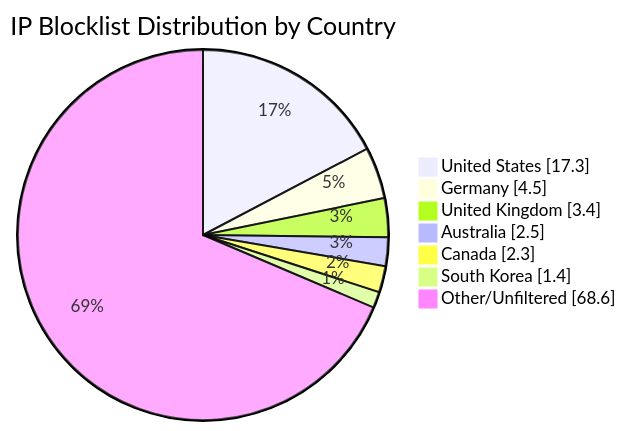
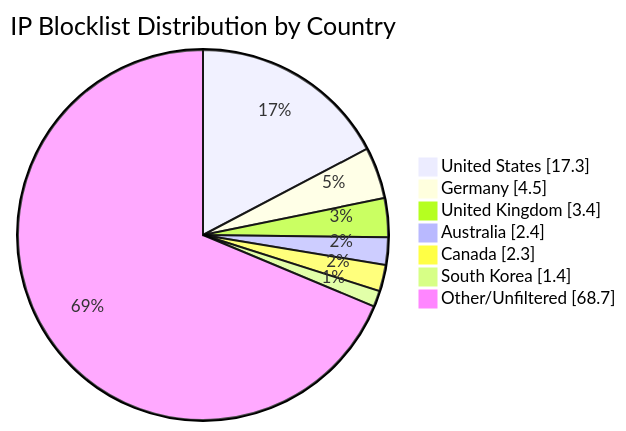
Before and after one commit to MarcusHoltz/ipblocklist-geofiltered-aggregator: the diagram in README.md, drawn with Mermaid. The commit also changed other lines of this file and 9 other files, not shown here.

````diff
--- a/README.md
+++ b/README.md
@@ -34,10 +34,10 @@
 ```mermaid
 pie showData title IP Blocklist Distribution by Country
 "United States" : 17.3
 "Germany" : 4.5
 "United Kingdom" : 3.4
-"Australia" : 2.5
+"Australia" : 2.4
 "Canada" : 2.3
 "South Korea" : 1.4
-"Other/Unfiltered" : 68.6
+"Other/Unfiltered" : 68.7
 ```
````
